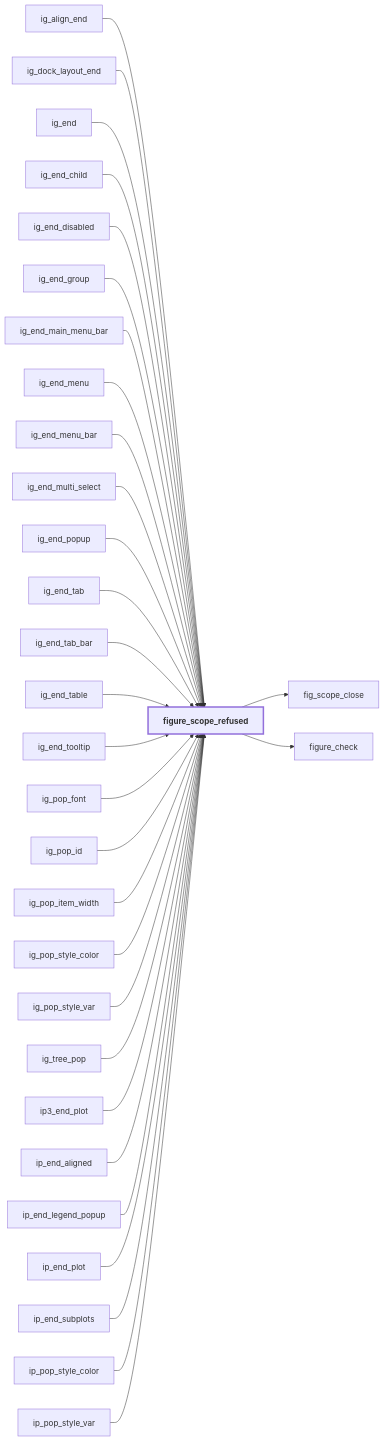
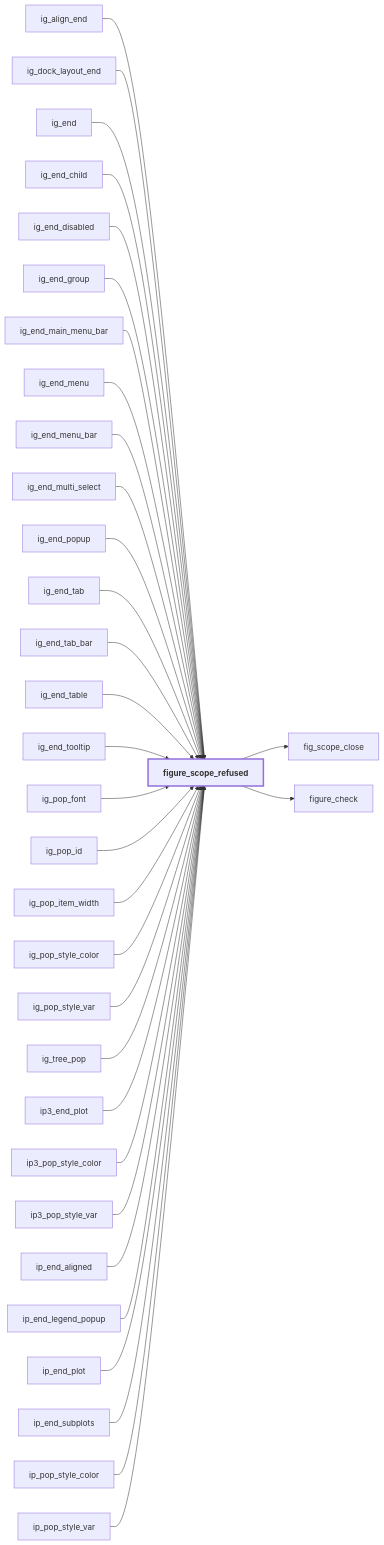
One commit to szaghi/figure changed the tenth of 13 diagrams in docs/api/src/lib/figure_base.md. Above: the diagram before and after it, drawn with Mermaid. The commit also changed other lines of this file and 36 other files, not shown here.

````diff
--- a/docs/api/src/lib/figure_base.md
+++ b/docs/api/src/lib/figure_base.md
@@ -2060,65 +2118,69 @@
 ```mermaid
 flowchart LR
   ig_align_end["ig_align_end"] --> figure_scope_refused["figure_scope_refused"]
   ig_dock_layout_end["ig_dock_layout_end"] --> figure_scope_refused["figure_scope_refused"]
   ig_end["ig_end"] --> figure_scope_refused["figure_scope_refused"]
   ig_end_child["ig_end_child"] --> figure_scope_refused["figure_scope_refused"]
   ig_end_disabled["ig_end_disabled"] --> figure_scope_refused["figure_scope_refused"]
   ig_end_group["ig_end_group"] --> figure_scope_refused["figure_scope_refused"]
   ig_end_main_menu_bar["ig_end_main_menu_bar"] --> figure_scope_refused["figure_scope_refused"]
   ig_end_menu["ig_end_menu"] --> figure_scope_refused["figure_scope_refused"]
   ig_end_menu_bar["ig_end_menu_bar"] --> figure_scope_refused["figure_scope_refused"]
   ig_end_multi_select["ig_end_multi_select"] --> figure_scope_refused["figure_scope_refused"]
   ig_end_popup["ig_end_popup"] --> figure_scope_refused["figure_scope_refused"]
   ig_end_tab["ig_end_tab"] --> figure_scope_refused["figure_scope_refused"]
   ig_end_tab_bar["ig_end_tab_bar"] --> figure_scope_refused["figure_scope_refused"]
   ig_end_table["ig_end_table"] --> figure_scope_refused["figure_scope_refused"]
   ig_end_tooltip["ig_end_tooltip"] --> figure_scope_refused["figure_scope_refused"]
   ig_pop_font["ig_pop_font"] --> figure_scope_refused["figure_scope_refused"]
   ig_pop_id["ig_pop_id"] --> figure_scope_refused["figure_scope_refused"]
   ig_pop_item_width["ig_pop_item_width"] --> figure_scope_refused["figure_scope_refused"]
   ig_pop_style_color["ig_pop_style_color"] --> figure_scope_refused["figure_scope_refused"]
   ig_pop_style_var["ig_pop_style_var"] --> figure_scope_refused["figure_scope_refused"]
   ig_tree_pop["ig_tree_pop"] --> figure_scope_refused["figure_scope_refused"]
   ip3_end_plot["ip3_end_plot"] --> figure_scope_refused["figure_scope_refused"]
+  ip3_pop_style_color["ip3_pop_style_color"] --> figure_scope_refused["figure_scope_refused"]
+  ip3_pop_style_var["ip3_pop_style_var"] --> figure_scope_refused["figure_scope_refused"]
   ip_end_aligned["ip_end_aligned"] --> figure_scope_refused["figure_scope_refused"]
   ip_end_legend_popup["ip_end_legend_popup"] --> figure_scope_refused["figure_scope_refused"]
   ip_end_plot["ip_end_plot"] --> figure_scope_refused["figure_scope_refused"]
   ip_end_subplots["ip_end_subplots"] --> figure_scope_refused["figure_scope_refused"]
   ip_pop_style_color["ip_pop_style_color"] --> figure_scope_refused["figure_scope_refused"]
   ip_pop_style_var["ip_pop_style_var"] --> figure_scope_refused["figure_scope_refused"]
   figure_scope_refused["figure_scope_refused"] --> fig_scope_close["fig_scope_close"]
   figure_scope_refused["figure_scope_refused"] --> figure_check["figure_check"]
   classDef focus stroke-width:3px,font-weight:bold
   class figure_scope_refused focus
   click ig_align_end href "figure_group.html#ig-align-end" "ig_align_end"
   click ig_dock_layout_end href "figure_dock.html#ig-dock-layout-end" "ig_dock_layout_end"
   click ig_end href "figure_imgui.html#ig-end" "ig_end"
   click ig_end_child href "figure_group.html#ig-end-child" "ig_end_child"
   click ig_end_disabled href "figure_group.html#ig-end-disabled" "ig_end_disabled"
   click ig_end_group href "figure_group.html#ig-end-group" "ig_end_group"
   click ig_end_main_menu_bar href "figure_menu.html#ig-end-main-menu-bar" "ig_end_main_menu_bar"
   click ig_end_menu href "figure_menu.html#ig-end-menu" "ig_end_menu"
   click ig_end_menu_bar href "figure_menu.html#ig-end-menu-bar" "ig_end_menu_bar"
   click ig_end_multi_select href "figure_group.html#ig-end-multi-select" "ig_end_multi_select"
   click ig_end_popup href "figure_menu.html#ig-end-popup" "ig_end_popup"
   click ig_end_tab href "figure_group.html#ig-end-tab" "ig_end_tab"
   click ig_end_tab_bar href "figure_group.html#ig-end-tab-bar" "ig_end_tab_bar"
   click ig_end_table href "figure_group.html#ig-end-table" "ig_end_table"
   click ig_end_tooltip href "figure_imgui.html#ig-end-tooltip" "ig_end_tooltip"
   click ig_pop_font href "figure_style.html#ig-pop-font" "ig_pop_font"
   click ig_pop_id href "figure_group.html#ig-pop-id" "ig_pop_id"
   click ig_pop_item_width href "figure_imgui.html#ig-pop-item-width" "ig_pop_item_width"
   click ig_pop_style_color href "figure_style.html#ig-pop-style-color" "ig_pop_style_color"
   click ig_pop_style_var href "figure_style.html#ig-pop-style-var" "ig_pop_style_var"
   click ig_tree_pop href "figure_group.html#ig-tree-pop" "ig_tree_pop"
   click ip3_end_plot href "figure_implot3d.html#ip3-end-plot" "ip3_end_plot"
+  click ip3_pop_style_color href "figure_style.html#ip3-pop-style-color" "ip3_pop_style_color"
+  click ip3_pop_style_var href "figure_style.html#ip3-pop-style-var" "ip3_pop_style_var"
   click ip_end_aligned href "figure_implot.html#ip-end-aligned" "ip_end_aligned"
   click ip_end_legend_popup href "figure_implot.html#ip-end-legend-popup" "ip_end_legend_popup"
   click ip_end_plot href "figure_implot.html#ip-end-plot" "ip_end_plot"
   click ip_end_subplots href "figure_implot.html#ip-end-subplots" "ip_end_subplots"
   click ip_pop_style_color href "figure_style.html#ip-pop-style-color" "ip_pop_style_color"
   click ip_pop_style_var href "figure_style.html#ip-pop-style-var" "ip_pop_style_var"
   click fig_scope_close href "figure_c_native.html#fig-scope-close" "fig_scope_close"
   click figure_check href "#figure-check" "figure_check"
 ```
````
